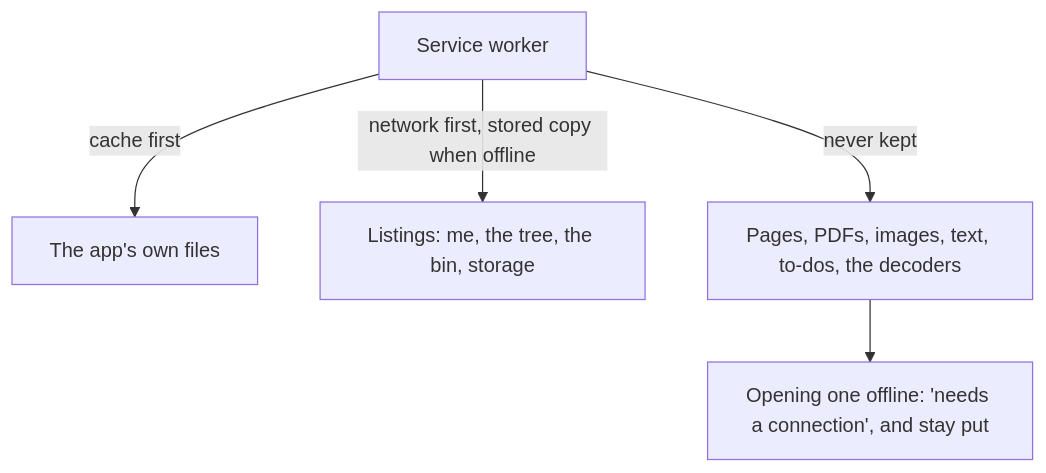
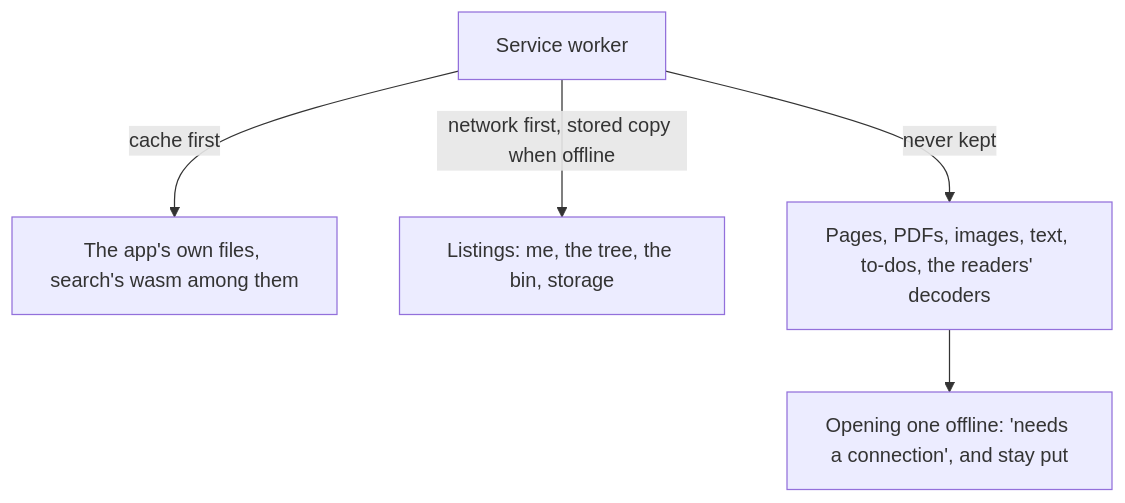
Before and after one commit to m00qek/inkhold: the second of 2 diagrams in docs/content/contributor/phones-and-offline.md, drawn with Mermaid. The commit also changed 3 other files, not shown here.

First line of the commit message:
fix(webapp): search answers with the app opened offline: the service worker keeps sqlite-core.wasm

````diff
--- a/docs/content/contributor/phones-and-offline.md
+++ b/docs/content/contributor/phones-and-offline.md
@@ -62,7 +62,7 @@
 ```mermaid
 flowchart TD
-  sw["Service worker"] -->|"cache first"| app["The app's own files"]
+  sw["Service worker"] -->|"cache first"| app["The app's own files, search's wasm among them"]
   sw -->|"network first, stored copy when offline"| lists["Listings: me, the tree, the bin, storage"]
-  sw -->|"never kept"| files["Pages, PDFs, images, text, to-dos, the decoders"]
+  sw -->|"never kept"| files["Pages, PDFs, images, text, to-dos, the readers' decoders"]
   files --> need["Opening one offline: 'needs a connection', and stay put"]
 ```
````
